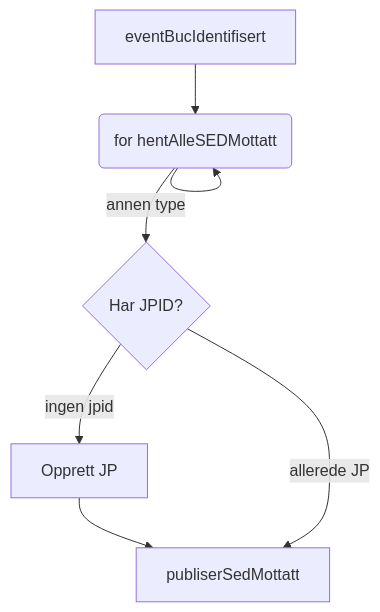
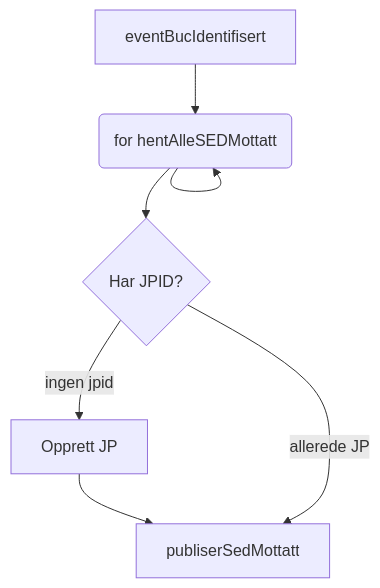
The diagram in diagrammer/BucIdentifisert.md (navikt/melosys-eessi), drawn with Mermaid before and after one commit. The commit also changed 1 other file, not shown here.

Commit message:
Oppdatert diagrammer

````diff
--- a/diagrammer/BucIdentifisert.md
+++ b/diagrammer/BucIdentifisert.md
@@ -2,10 +2,10 @@
 ```mermaid
 flowchart
     eventBucIdentifisert --> forHentAlleSedMottatt(for hentAlleSEDMottatt)
     forHentAlleSedMottatt --> forHentAlleSedMottatt
-    forHentAlleSedMottatt --annen type--> harJpid{Har JPID?}
+    forHentAlleSedMottatt --> harJpid{Har JPID?}
 
     harJpid --ingen jpid--> opprettJp[Opprett JP]
     opprettJp --> publiserSedMottatt
     harJpid --allerede JP--> publiserSedMottatt
 ```
````
